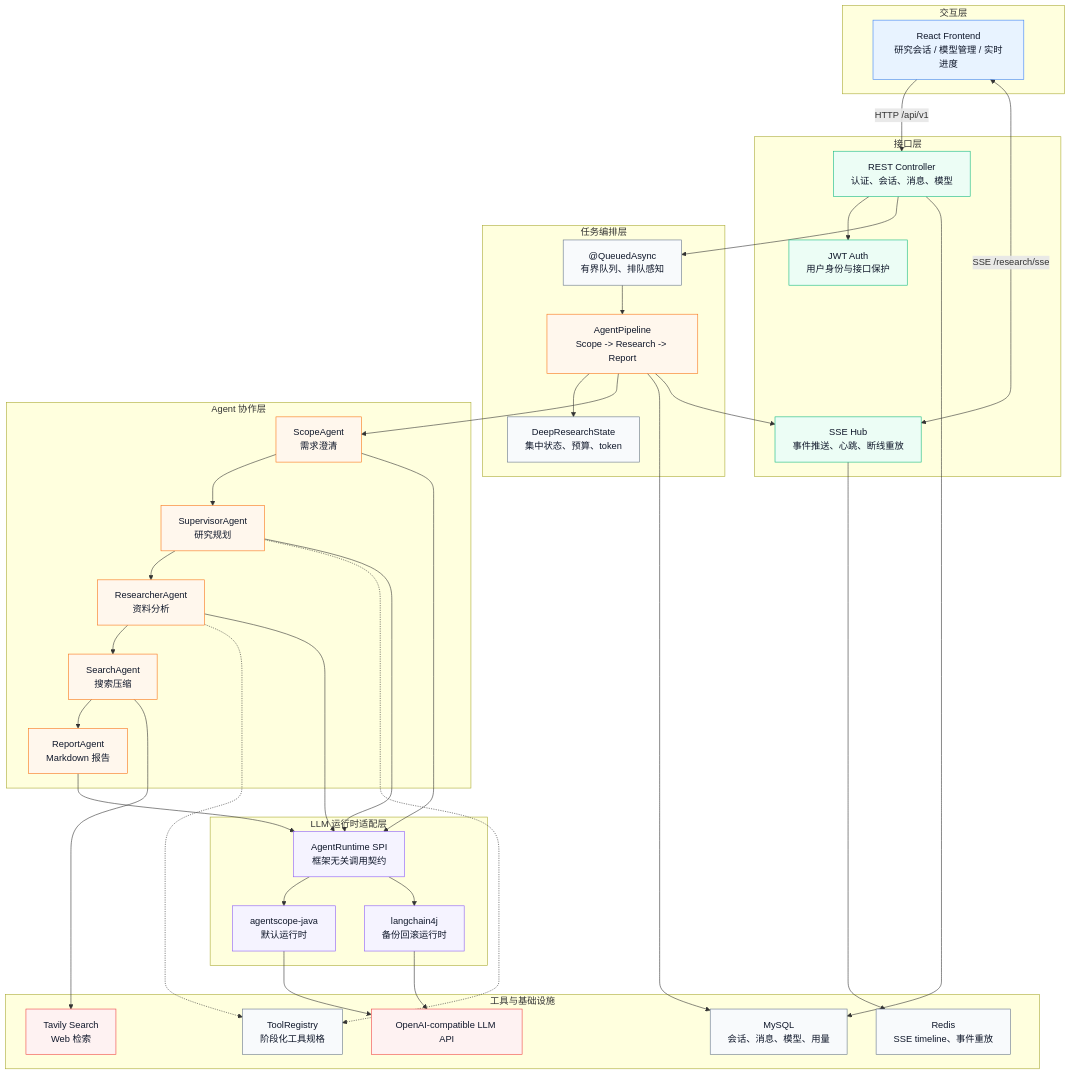
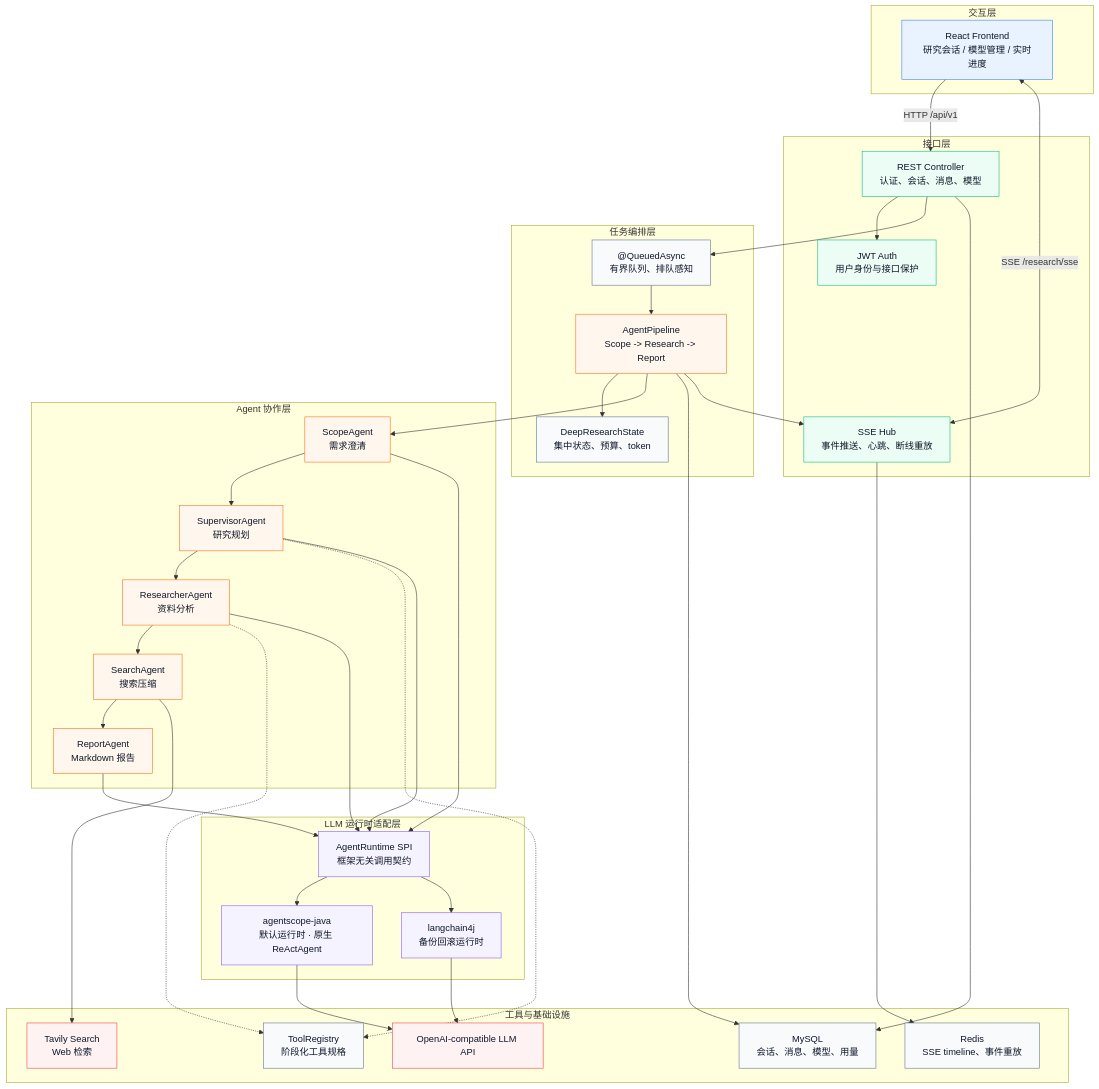
Before and after one commit to haotangyuan/deep-research: the first of 6 diagrams in README.md, drawn with Mermaid. The commit also changed other lines of this file and 46 other files, not shown here.

````diff
--- a/README.md
+++ b/README.md
@@ -15,70 +15,70 @@
 ```mermaid
 flowchart TB
     classDef client fill:#E8F3FF,stroke:#3B82F6,color:#0F172A
     classDef api fill:#ECFDF5,stroke:#10B981,color:#0F172A
     classDef agent fill:#FFF7ED,stroke:#F97316,color:#0F172A
     classDef runtime fill:#F5F3FF,stroke:#8B5CF6,color:#0F172A
     classDef infra fill:#F8FAFC,stroke:#64748B,color:#0F172A
     classDef external fill:#FEF2F2,stroke:#EF4444,color:#0F172A
 
     subgraph Client["交互层"]
         FE["React Frontend<br/>研究会话 / 模型管理 / 实时进度"]:::client
     end
 
     subgraph Interface["接口层"]
         REST["REST Controller<br/>认证、会话、消息、模型"]:::api
         SSE["SSE Hub<br/>事件推送、心跳、断线重放"]:::api
         Auth["JWT Auth<br/>用户身份与接口保护"]:::api
     end
 
     subgraph Orchestration["任务编排层"]
         Queue["@QueuedAsync<br/>有界队列、排队感知"]:::infra
         State["DeepResearchState<br/>集中状态、预算、token"]:::infra
         Pipeline["AgentPipeline<br/>Scope -> Research -> Report"]:::agent
     end
 
     subgraph Agents["Agent 协作层"]
         Scope["ScopeAgent<br/>需求澄清"]:::agent
         Supervisor["SupervisorAgent<br/>研究规划"]:::agent
         Researcher["ResearcherAgent<br/>资料分析"]:::agent
         Search["SearchAgent<br/>搜索压缩"]:::agent
         Report["ReportAgent<br/>Markdown 报告"]:::agent
     end
 
     subgraph Runtime["LLM 运行时适配层"]
         AgentRuntime["AgentRuntime SPI<br/>框架无关调用契约"]:::runtime
-        AgentScope["agentscope-java<br/>默认运行时"]:::runtime
+        AgentScope["agentscope-java<br/>默认运行时 · 原生 ReActAgent"]:::runtime
         LangChain["langchain4j<br/>备份回滚运行时"]:::runtime
     end
 
     subgraph Tooling["工具与基础设施"]
         ToolRegistry["ToolRegistry<br/>阶段化工具规格"]:::infra
         Tavily["Tavily Search<br/>Web 检索"]:::external
         MySQL["MySQL<br/>会话、消息、模型、用量"]:::infra
         Redis["Redis<br/>SSE timeline、事件重放"]:::infra
         LLM["OpenAI-compatible LLM API"]:::external
     end
 
     FE -->|"HTTP /api/v1"| REST
     FE <-->|"SSE /research/sse"| SSE
     REST --> Auth
     REST --> Queue
     Queue --> Pipeline
     Pipeline --> State
     Pipeline --> Scope --> Supervisor --> Researcher --> Search --> Report
     Supervisor -.-> ToolRegistry
     Researcher -.-> ToolRegistry
     Search --> Tavily
     Scope --> AgentRuntime
     Supervisor --> AgentRuntime
     Researcher --> AgentRuntime
     Report --> AgentRuntime
     AgentRuntime --> AgentScope
     AgentRuntime --> LangChain
     AgentScope --> LLM
     LangChain --> LLM
     REST --> MySQL
     Pipeline --> MySQL
     Pipeline --> SSE
     SSE --> Redis
 ```
````
